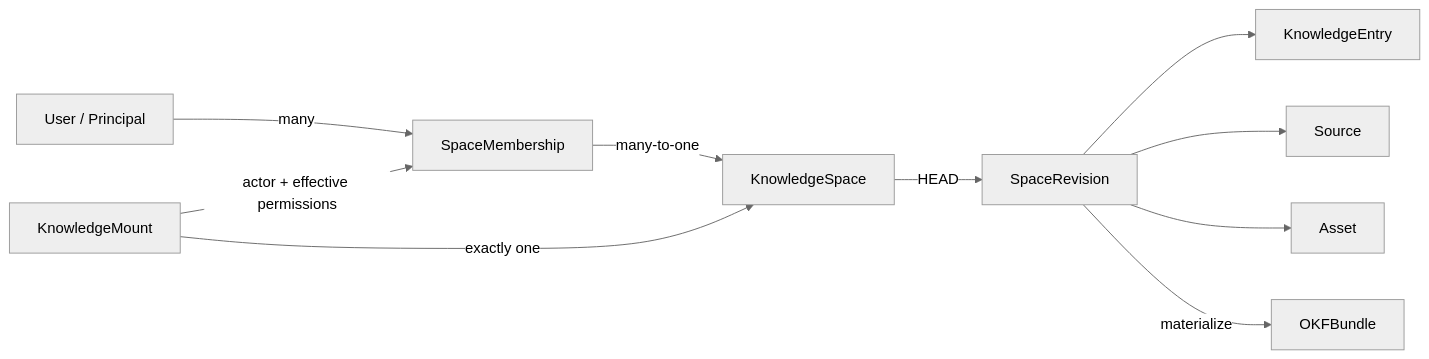
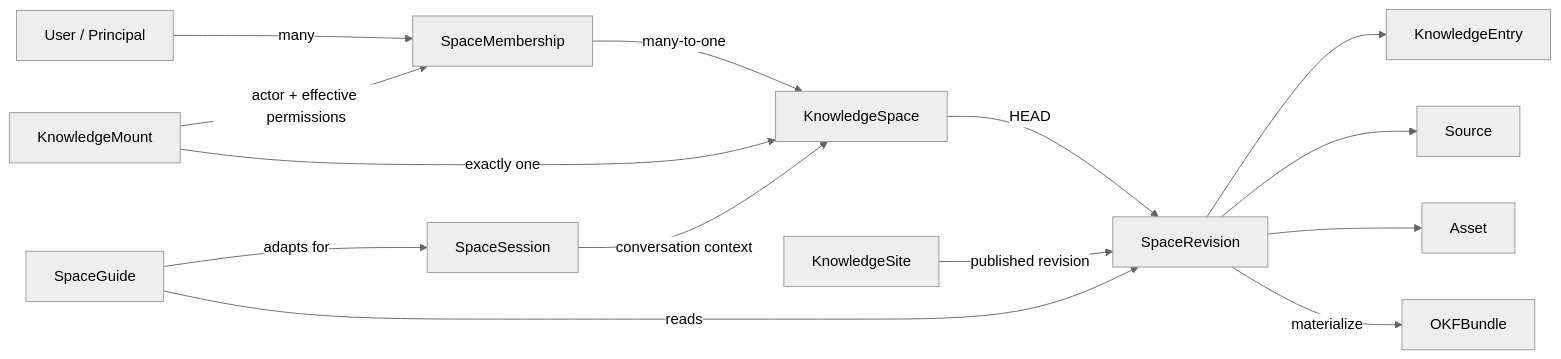
Before and after one commit to xxsrez/MindDiary: the diagram in docs/specs/domain-model.md, drawn with Mermaid (neutral theme). The commit also changed other lines of this file and 5 other files, not shown here.

Commit message:
Model adaptive KnowledgeSpace experiences

````diff
--- a/docs/specs/domain-model.md
+++ b/docs/specs/domain-model.md
@@ -41,22 +45,29 @@
 ```mermaid
 flowchart LR
     User[User / Principal]
     Membership[SpaceMembership]
     Space[KnowledgeSpace]
     Revision[SpaceRevision]
     Bundle[OKFBundle]
     Entry[KnowledgeEntry]
     Source[Source]
     Asset[Asset]
     Mount[KnowledgeMount]
+    Site[KnowledgeSite]
+    Session[SpaceSession]
+    Guide[SpaceGuide]
 
     User -->|many| Membership
     Membership -->|many-to-one| Space
     Mount -->|actor + effective permissions| Membership
     Mount -->|exactly one| Space
     Space -->|HEAD| Revision
     Revision --> Entry
     Revision --> Source
     Revision --> Asset
     Revision -->|materialize| Bundle
+    Site -->|published revision| Revision
+    Session -->|conversation context| Space
+    Guide -->|reads| Revision
+    Guide -->|adapts for| Session
 ```
````
